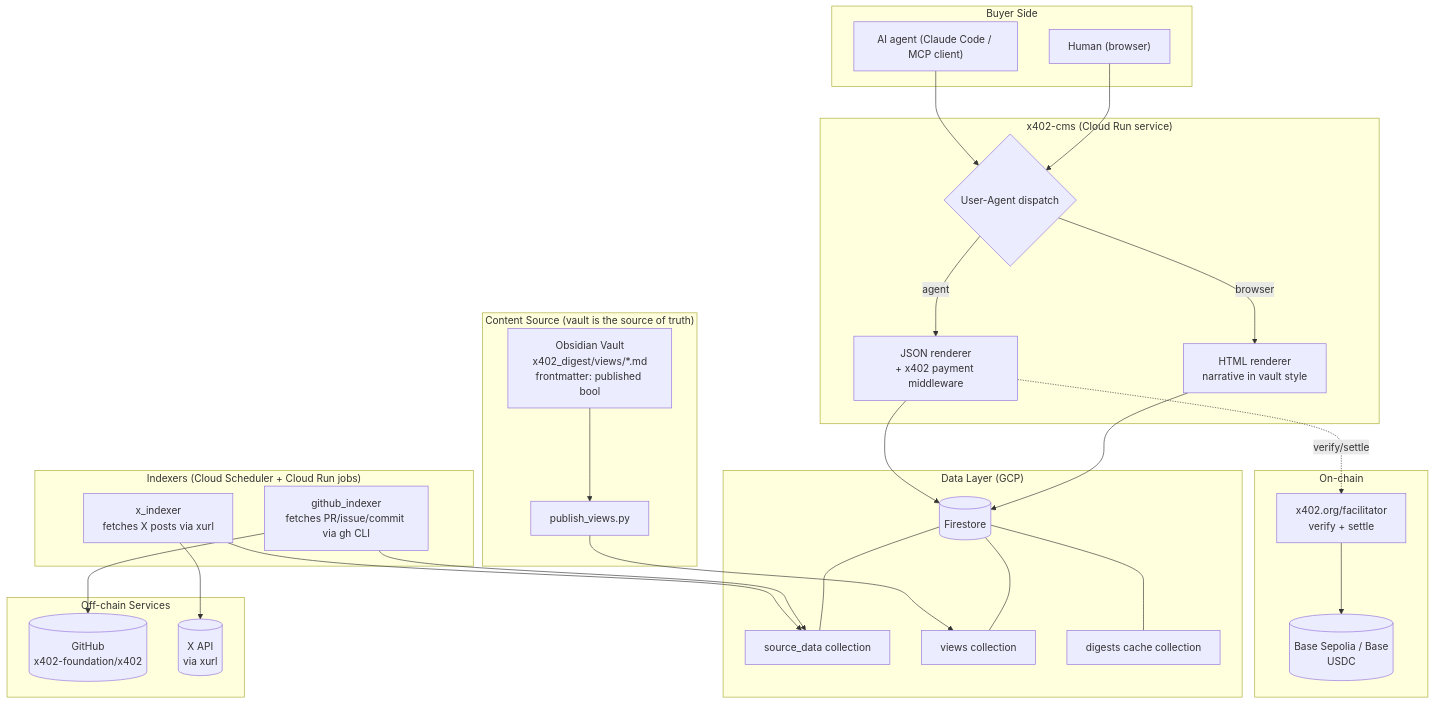
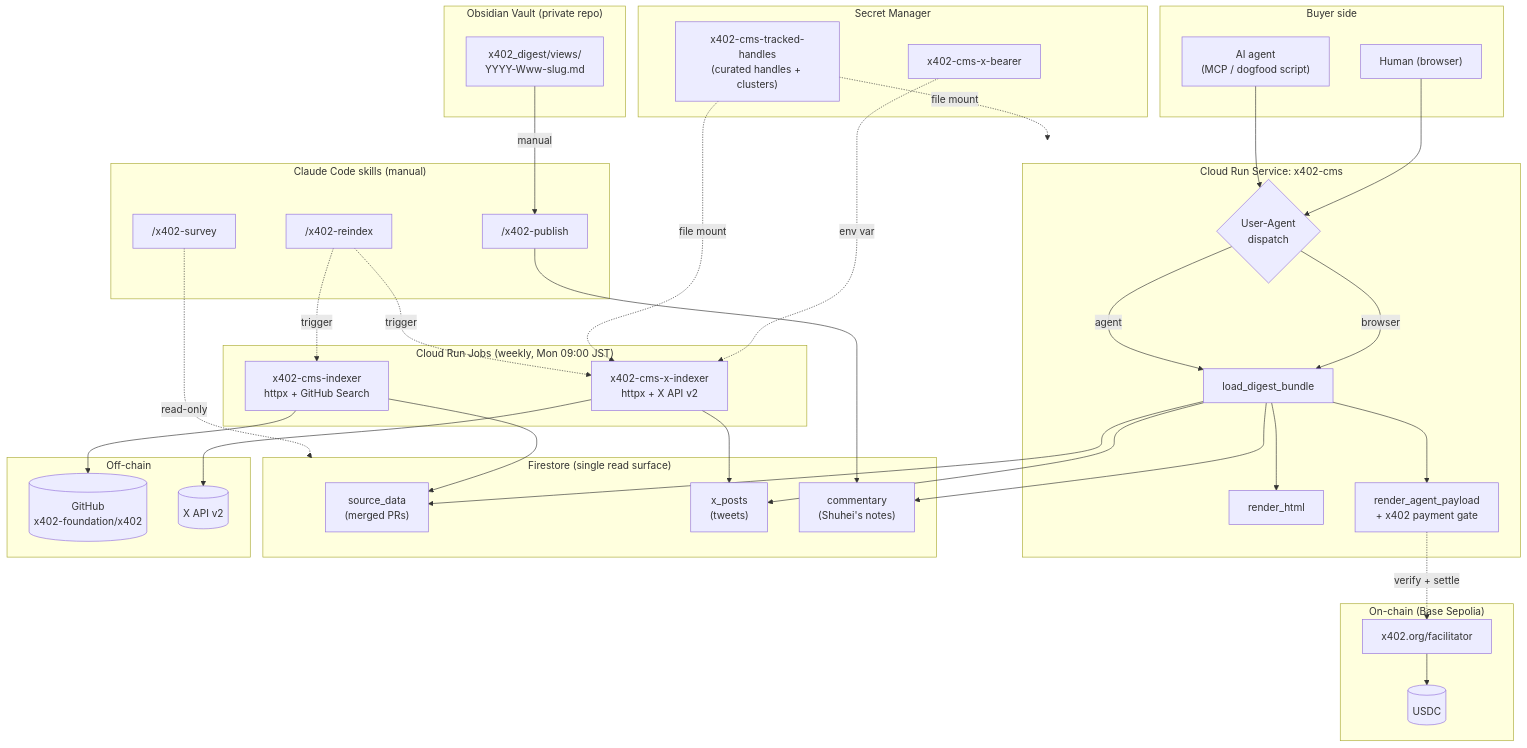
One commit to shuhei0866/x402-cms changed the first of 5 diagrams in docs/architecture.md. Above: the diagram before and after it, drawn with Mermaid. The commit also changed other lines of this file and 1 other file, not shown here.

````diff
--- a/docs/architecture.md
+++ b/docs/architecture.md
@@ -11,61 +16,78 @@
 ```mermaid
 graph TB
-  subgraph "Buyer Side"
+  subgraph Buyer["Buyer side"]
     Human["Human (browser)"]
-    Agent["AI agent (Claude Code / MCP client)"]
+    Agent["AI agent<br/>(MCP / dogfood script)"]
   end
 
-  subgraph "x402-cms (Cloud Run service)"
-    Router{"User-Agent dispatch"}
-    HTMLRenderer["HTML renderer<br/>narrative in vault style"]
-    JSONRenderer["JSON renderer<br/>+ x402 payment middleware"]
-    Router -->|"browser"| HTMLRenderer
-    Router -->|"agent"| JSONRenderer
+  subgraph Service["Cloud Run Service: x402-cms"]
+    Dispatch{"User-Agent<br/>dispatch"}
+    Bundle["load_digest_bundle"]
+    HTML["render_html"]
+    JSON["render_agent_payload<br/>+ x402 payment gate"]
+    Dispatch -->|"browser"| Bundle
+    Dispatch -->|"agent"| Bundle
+    Bundle --> HTML
+    Bundle --> JSON
   end
 
-  subgraph "Data Layer (GCP)"
-    Firestore[("Firestore")]
-    SourceCol["source_data collection"]
-    ViewsCol["views collection"]
-    DigestsCol["digests cache collection"]
-    Firestore --- SourceCol
-    Firestore --- ViewsCol
-    Firestore --- DigestsCol
+  subgraph FS["Firestore (single read surface)"]
+    SrcCol["source_data<br/>(merged PRs)"]
+    XCol["x_posts<br/>(tweets)"]
+    CommCol["commentary<br/>(Shuhei's notes)"]
   end
 
-  subgraph "Indexers (Cloud Scheduler + Cloud Run jobs)"
-    GHIndexer["github_indexer<br/>fetches PR/issue/commit via gh CLI"]
-    XIndexer["x_indexer<br/>fetches X posts via xurl"]
+  subgraph Jobs["Cloud Run Jobs (weekly, Mon 09:00 JST)"]
+    GHJob["x402-cms-indexer<br/>httpx + GitHub Search"]
+    XJob["x402-cms-x-indexer<br/>httpx + X API v2"]
   end
 
-  subgraph "Content Source (vault is the source of truth)"
-    Vault["Obsidian Vault<br/>x402_digest/views/*.md<br/>frontmatter: published bool"]
-    PublishScript["publish_views.py"]
+  subgraph Skills["Claude Code skills (manual)"]
+    Reindex["/x402-reindex"]
+    Survey["/x402-survey"]
+    Publish["/x402-publish"]
   end
 
-  subgraph "Off-chain Services"
-    GitHub[("GitHub<br/>x402-foundation/x402")]
-    XAPI[("X API<br/>via xurl")]
+  subgraph Vault["Obsidian Vault (private repo)"]
+    VaultDir["x402_digest/views/<br/>YYYY-Www-slug.md"]
   end
 
-  subgraph "On-chain"
-    Facilitator["x402.org/facilitator<br/>verify + settle"]
-    BaseSepolia[("Base Sepolia / Base<br/>USDC")]
+  subgraph Sec["Secret Manager"]
+    Bearer["x402-cms-x-bearer"]
+    Handles["x402-cms-tracked-handles<br/>(curated handles + clusters)"]
   end
 
-  Human --> Router
-  Agent --> Router
+  subgraph Off["Off-chain"]
+    GitHub[("GitHub<br/>x402-foundation/x402")]
+    XAPI[("X API v2")]
+  end
 
-  HTMLRenderer --> Firestore
-  JSONRenderer --> Firestore
-  JSONRenderer -.->|"verify/settle"| Facilitator
-  Facilitator --> BaseSepolia
+  subgraph On["On-chain (Base Sepolia)"]
+    Fac["x402.org/facilitator"]
+    USDC[("USDC")]
+  end
 
-  GHIndexer --> GitHub
-  XIndexer --> XAPI
-  GHIndexer --> SourceCol
-  XIndexer --> SourceCol
+  Human --> Dispatch
+  Agent --> Dispatch
 
-  Vault --> PublishScript
-  PublishScript --> ViewsCol
+  Bundle --> SrcCol
+  Bundle --> XCol
+  Bundle --> CommCol
+  Handles -.->|"file mount"| Service
+
+  GHJob --> GitHub
+  GHJob --> SrcCol
+  XJob --> XAPI
+  XJob --> XCol
+  Bearer -.->|"env var"| XJob
+  Handles -.->|"file mount"| XJob
+
+  Reindex -.->|"trigger"| GHJob
+  Reindex -.->|"trigger"| XJob
+  Survey -.->|"read-only"| FS
+  VaultDir -->|"manual"| Publish
+  Publish --> CommCol
+
+  JSON -.->|"verify + settle"| Fac
+  Fac --> USDC
 ```
````
